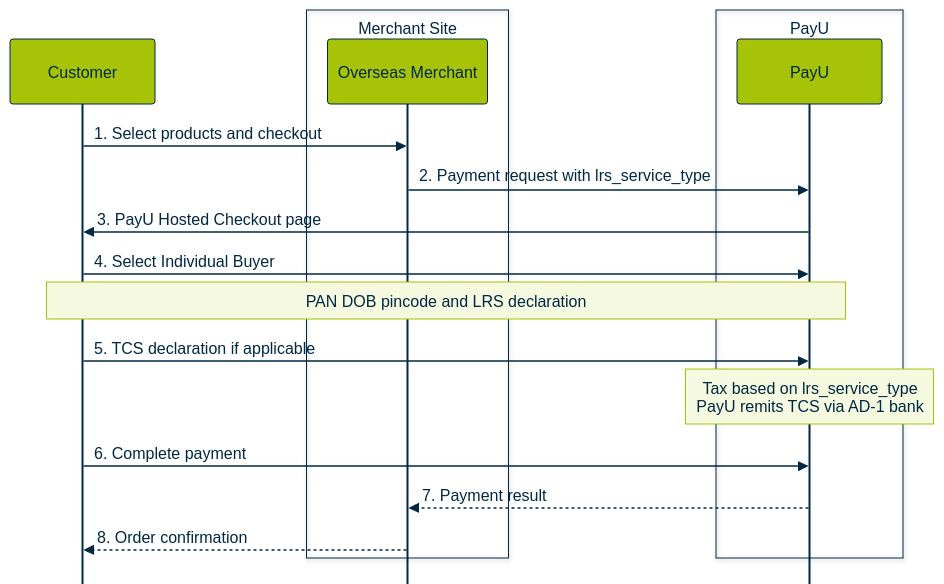
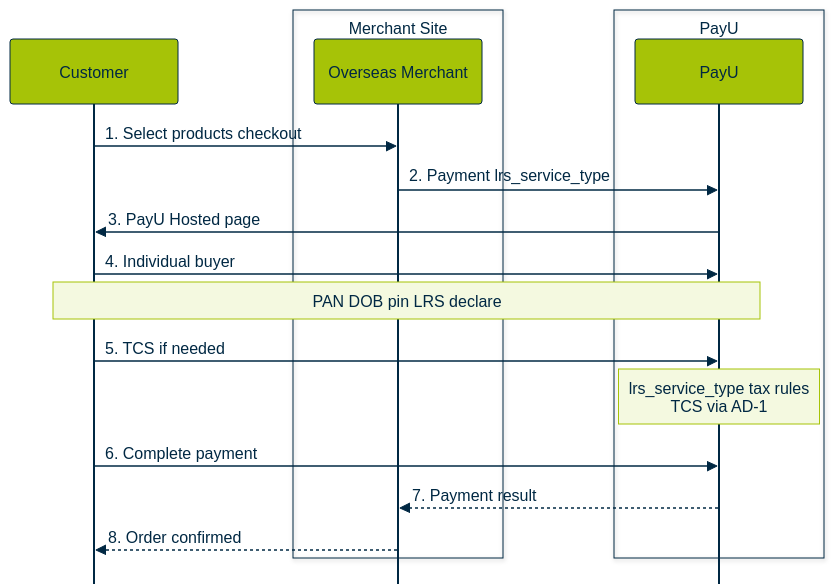
The tenth of 17 diagrams in docs/RECYCLE BIN/internal-review-swimlane-diagrams.md (payu-india/CMS-Chatbot), drawn with Mermaid before and after one commit. The commit also changed other lines of this file, not shown here.

Commit message:
Update doc `internal-review-swimlane-diagrams`

````diff
--- a/docs/RECYCLE BIN/internal-review-swimlane-diagrams.md
+++ b/docs/RECYCLE BIN/internal-review-swimlane-diagrams.md
@@ -686,59 +693,59 @@
 ```mermaid
 %%{init: {
   "theme": "base",
   "sequence": {
     "mirrorActors": false,
     "rightAngles": true,
     "messageAlign": "left",
     "fontSize": 10,
     "actorFontSize": 10,
     "noteFontSize": 10,
-    "actorMargin": 72,
-    "width": 145,
+    "actorMargin": 82,
+    "width": 168,
     "boxMargin": 8,
     "messageMargin": 32,
     "diagramMarginX": 45,
     "diagramMarginY": 16
   },
   "themeVariables": {
     "fontFamily": "Arial, Helvetica, sans-serif",
     "fontSize": "10px",
     "background": "#FFFFFF",
     "primaryColor": "#A6C307",
     "primaryTextColor": "#002843",
     "primaryBorderColor": "#002843",
     "secondaryColor": "#F4F9E0",
     "lineColor": "#002843",
     "textColor": "#002843",
     "actorBkg": "#A6C307",
     "actorBorder": "#002843",
     "actorTextColor": "#002843",
     "signalColor": "#002843",
     "noteBkgColor": "#F4F9E0",
     "noteTextColor": "#002843",
     "noteBorderColor": "#A6C307"
   }
 }}%%
 sequenceDiagram
     participant Customer
     box Merchant Site
         participant Merchant as Overseas Merchant
     end
     box PayU
         participant PayU
     end
 
-    Customer->>Merchant: 1. Select products and checkout
-    Merchant->>PayU: 2. Payment request with lrs_service_type
-    PayU->>Customer: 3. PayU Hosted Checkout page
+    Customer->>Merchant: 1. Select products checkout
+    Merchant->>PayU: 2. Payment lrs_service_type
+    PayU->>Customer: 3. PayU Hosted page
 
-    Customer->>PayU: 4. Select Individual Buyer
-    Note over Customer,PayU: PAN DOB pincode and LRS declaration
+    Customer->>PayU: 4. Individual buyer
+    Note over Customer,PayU: PAN DOB pin LRS declare
 
-    Customer->>PayU: 5. TCS declaration if applicable
-    Note over PayU: Tax based on lrs_service_type<br/>PayU remits TCS via AD-1 bank
+    Customer->>PayU: 5. TCS if needed
+    Note over PayU: lrs_service_type tax rules<br/>TCS via AD-1
 
     Customer->>PayU: 6. Complete payment
     PayU-->>Merchant: 7. Payment result
-    Merchant-->>Customer: 8. Order confirmation
+    Merchant-->>Customer: 8. Order confirmed
 ```
````
